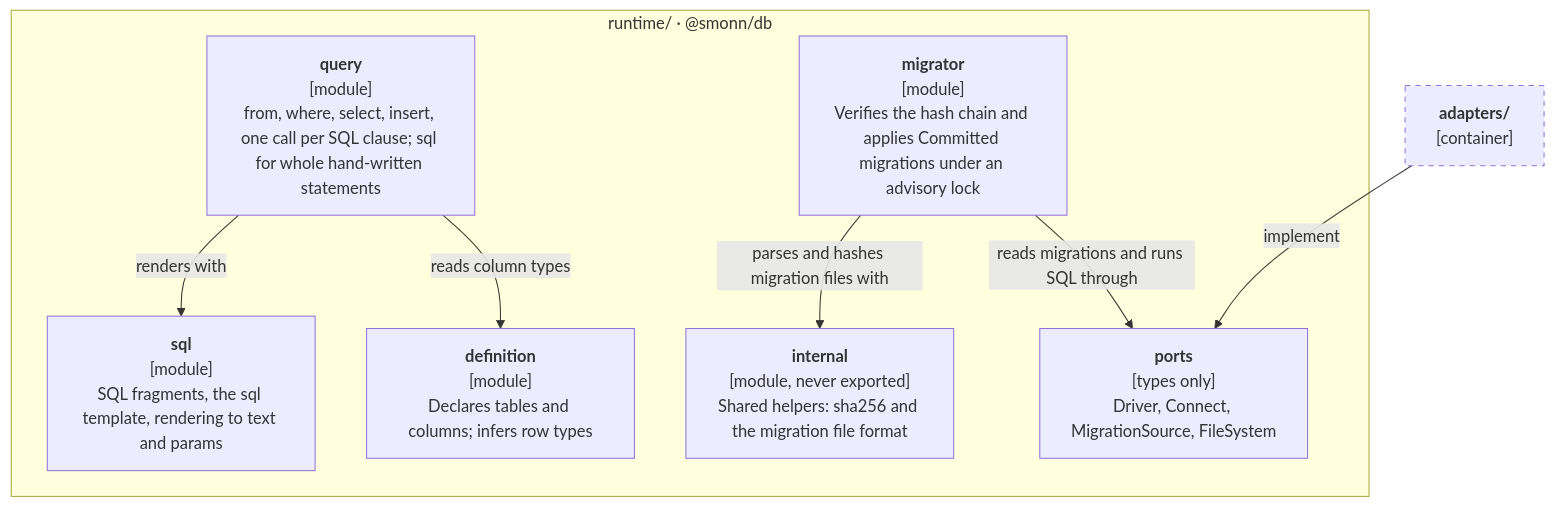
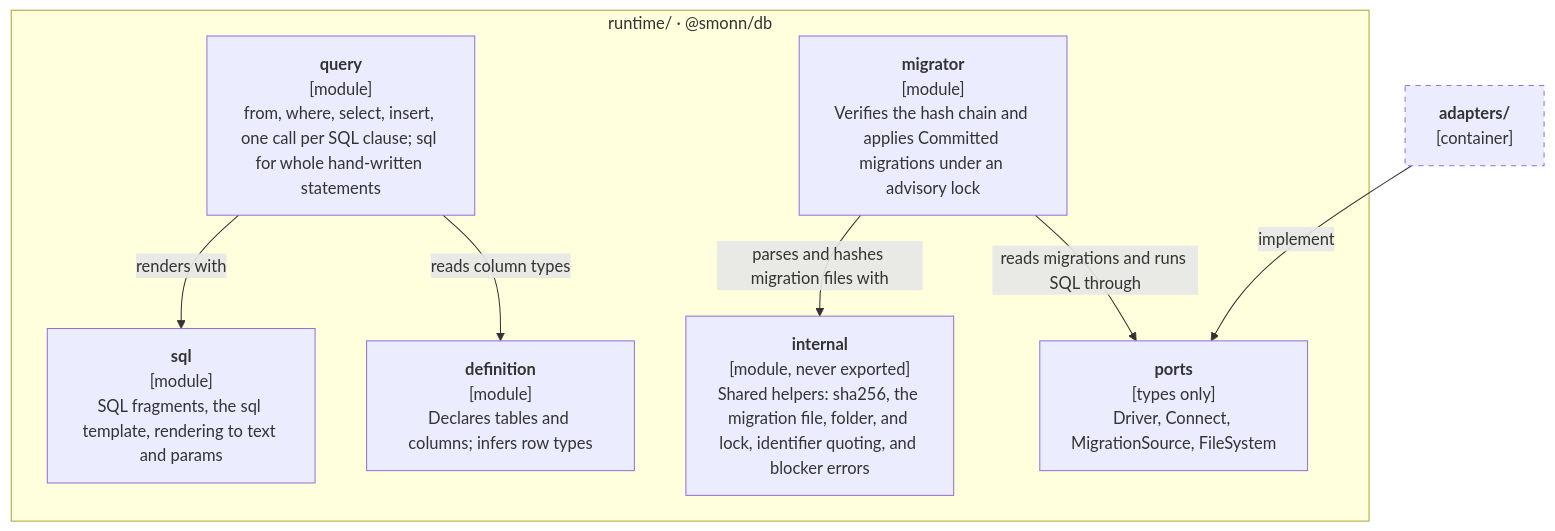
One commit to smonn/db changed the second of 4 diagrams in docs/architecture/README.md. Above: the diagram before and after it, drawn with Mermaid. The commit also changed other lines of this file and 3 other files, not shown here.

Commit message:
docs(architecture): trim the split docs and cap their word counts

````diff
--- a/docs/architecture/README.md
+++ b/docs/architecture/README.md
@@ -44,22 +46,22 @@
 ```mermaid
 flowchart TB
   subgraph runtime["runtime/ · @smonn/db"]
     definition["<b>definition</b><br/>[module]<br/>Declares tables and columns; infers row types"]
     query["<b>query</b><br/>[module]<br/>from, where, select, insert, one call per SQL clause; sql for whole hand-written statements"]
     sql["<b>sql</b><br/>[module]<br/>SQL fragments, the sql template, rendering to text and params"]
     migrator["<b>migrator</b><br/>[module]<br/>Verifies the hash chain and applies Committed migrations under an advisory lock"]
     ports["<b>ports</b><br/>[types only]<br/>Driver, Connect, MigrationSource, FileSystem"]
-    internal["<b>internal</b><br/>[module, never exported]<br/>Shared helpers: sha256 and the migration file format"]
+    internal["<b>internal</b><br/>[module, never exported]<br/>Shared helpers: sha256, the migration file, folder, and lock, identifier quoting, and blocker errors"]
   end
 
   adapters["<b>adapters/</b><br/>[container]"]
 
   query -- "reads column types" --> definition
   query -- "renders with" --> sql
   migrator -- "reads migrations and runs SQL through" --> ports
   migrator -- "parses and hashes migration files with" --> internal
   adapters -- "implement" --> ports
 
   classDef external stroke-dasharray: 5 5
   class adapters external
 ```
````
